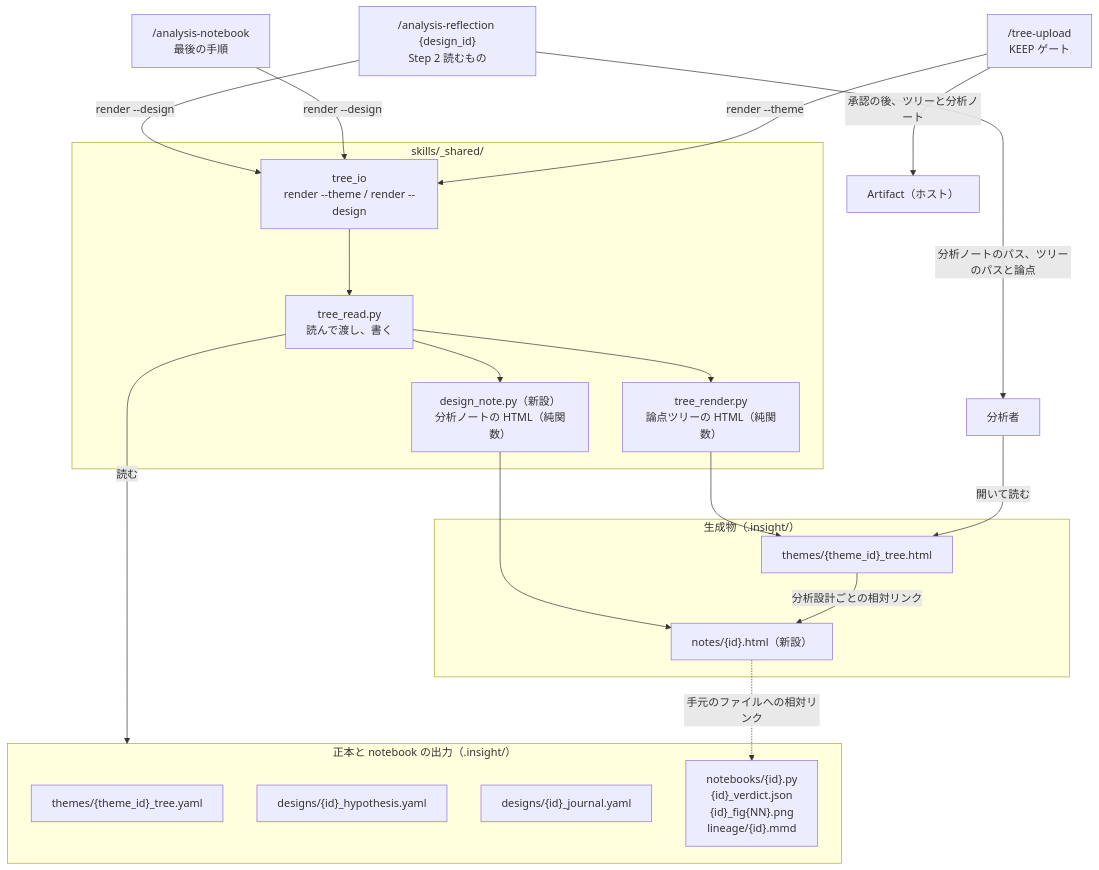
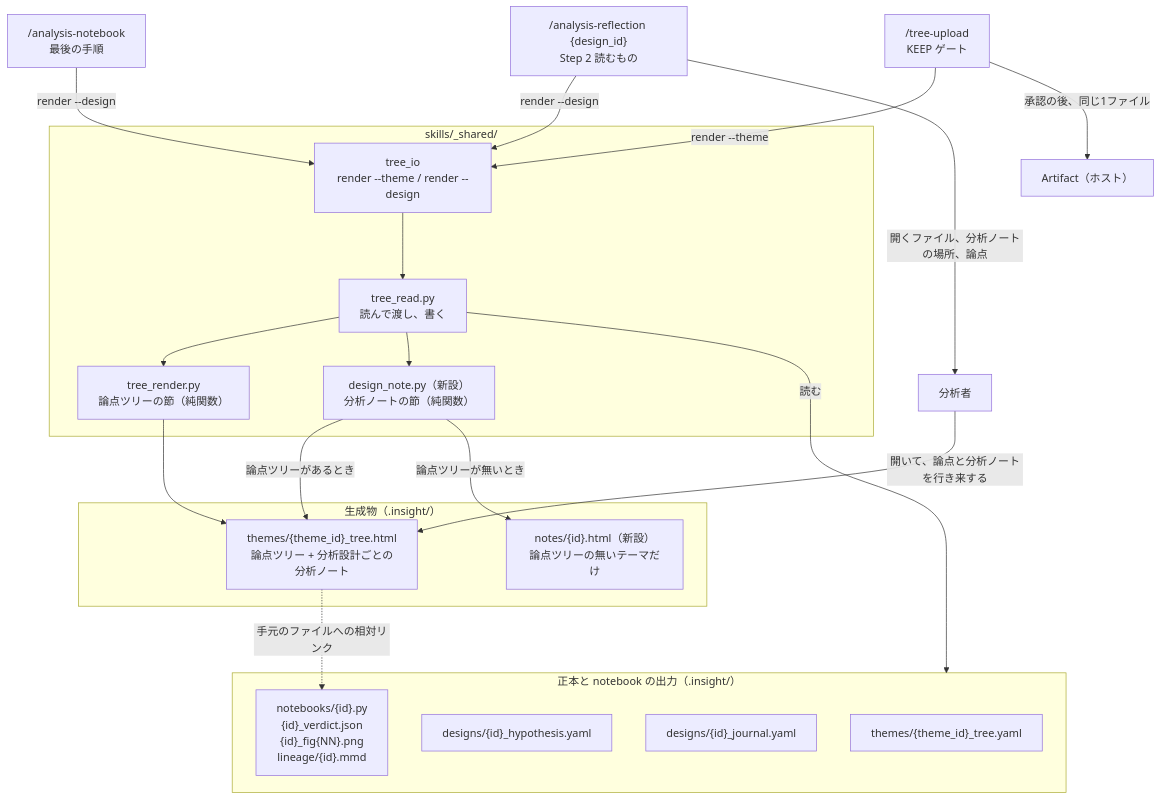
One commit to etoyama/insight-blueprint-skills changed the first of 4 diagrams in docs/design/epic-28-tree-entry-point.md. Above: the diagram before and after it, drawn with Mermaid. The commit also changed other lines of this file and 5 other files, not shown here.

````diff
--- a/docs/design/epic-28-tree-entry-point.md
+++ b/docs/design/epic-28-tree-entry-point.md
@@ -156,42 +173,42 @@
 ```mermaid
 flowchart TD
     subgraph canonical["正本と notebook の出力（.insight/）"]
         tree["themes/{theme_id}_tree.yaml"]
         design["designs/{id}_hypothesis.yaml"]
         journal["designs/{id}_journal.yaml"]
         outputs["notebooks/{id}.py<br/>{id}_verdict.json<br/>{id}_fig{NN}.png<br/>lineage/{id}.mmd"]
     end
 
     subgraph shared["skills/_shared/"]
         io["tree_io<br/>render --theme / render --design"]
         read["tree_read.py<br/>読んで渡し、書く"]
-        trender["tree_render.py<br/>論点ツリーの HTML（純関数）"]
-        note["design_note.py（新設）<br/>分析ノートの HTML（純関数）"]
+        trender["tree_render.py<br/>論点ツリーの節（純関数）"]
+        note["design_note.py（新設）<br/>分析ノートの節（純関数）"]
     end
 
     subgraph views["生成物（.insight/）"]
-        treehtml["themes/{theme_id}_tree.html"]
-        notehtml["notes/{id}.html（新設）"]
+        treehtml["themes/{theme_id}_tree.html<br/>論点ツリー + 分析設計ごとの分析ノート"]
+        notehtml["notes/{id}.html（新設）<br/>論点ツリーの無いテーマだけ"]
     end
 
     reflection["/analysis-reflection {design_id}<br/>Step 2 読むもの"]
     notebook["/analysis-notebook<br/>最後の手順"]
     upload["/tree-upload<br/>KEEP ゲート"]
     analyst["分析者"]
     artifact["Artifact（ホスト）"]
 
     reflection -->|render --design| io
     notebook -->|render --design| io
     upload -->|render --theme| io
     io --> read
     read -->|読む| canonical
     read --> trender
     read --> note
     trender --> treehtml
-    note --> notehtml
-    treehtml -->|分析設計ごとの相対リンク| notehtml
-    notehtml -.->|手元のファイルへの相対リンク| outputs
-    reflection -->|分析ノートのパス、ツリーのパスと論点| analyst
-    analyst -->|開いて読む| treehtml
-    upload -->|承認の後、ツリーと分析ノート| artifact
+    note -->|論点ツリーがあるとき| treehtml
+    note -->|論点ツリーが無いとき| notehtml
+    treehtml -.->|手元のファイルへの相対リンク| outputs
+    reflection -->|開くファイル、分析ノートの場所、論点| analyst
+    analyst -->|開いて、論点と分析ノートを行き来する| treehtml
+    upload -->|承認の後、同じ1ファイル| artifact
 ```
````
